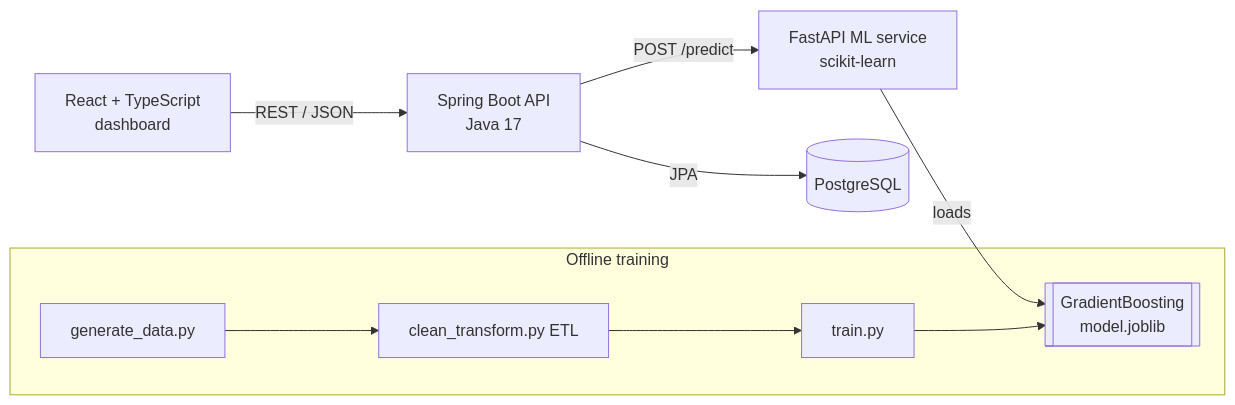
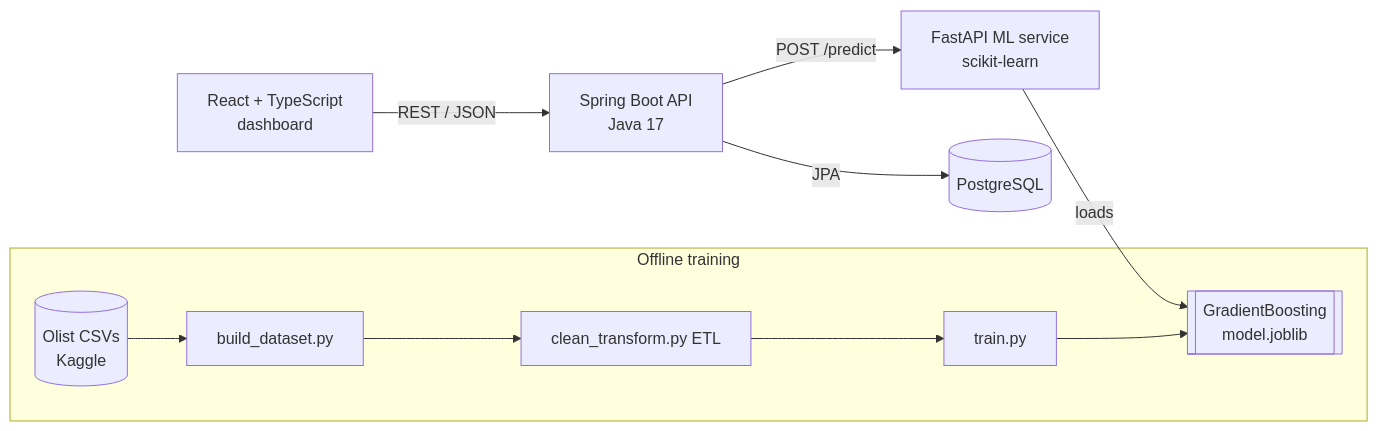
The diagram in README.md (immortalxmachine/shipsense), drawn with Mermaid before and after one commit. The commit also changed other lines of this file and 44 other files, not shown here.

Commit message:
Rebuild on real Olist e-commerce data (ETA model, routing graph, DB seed)

````diff
--- a/README.md
+++ b/README.md
@@ -17,10 +22,10 @@
 ```mermaid
 flowchart LR
     U[React + TypeScript<br/>dashboard] -->|REST / JSON| API[Spring Boot API<br/>Java 17]
     API -->|JPA| DB[(PostgreSQL)]
     API -->|POST /predict| ML[FastAPI ML service<br/>scikit-learn]
     ML -->|loads| M[[GradientBoosting<br/>model.joblib]]
     subgraph Offline training
-        GEN[generate_data.py] --> CLEAN[clean_transform.py ETL] --> TRAIN[train.py] --> M
+        OLIST[(Olist CSVs<br/>Kaggle)] --> BUILD[build_dataset.py] --> CLEAN[clean_transform.py ETL] --> TRAIN[train.py] --> M
     end
 ```
````
